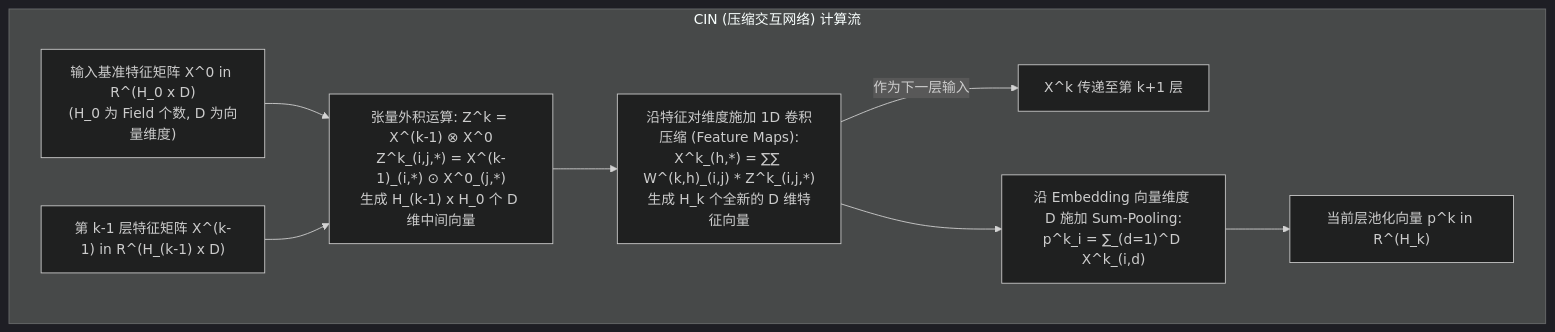
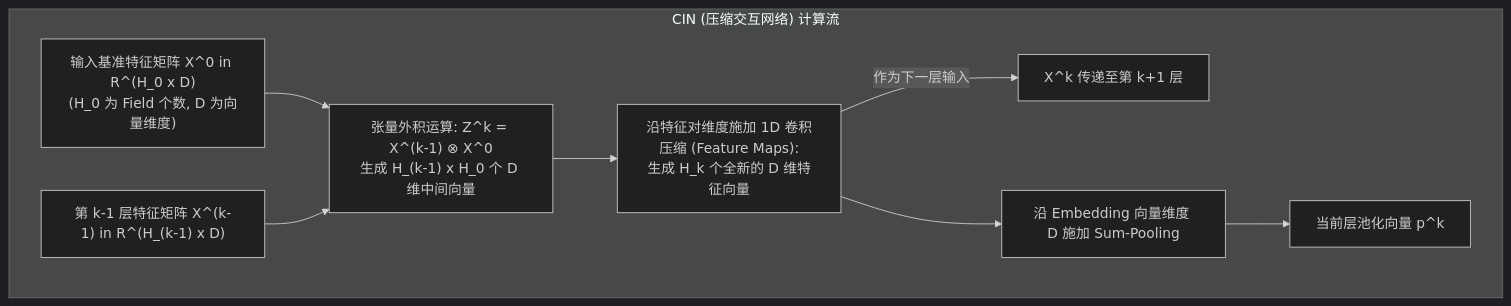
One commit to AnthonyChouGit/recsys changed the third of 13 diagrams in deep_ranking_models_evolution.md. Above: the diagram before and after it, drawn with Mermaid (dark theme). The commit also changed other lines of this file, not shown here.

````diff
--- a/deep_ranking_models_evolution.md
+++ b/deep_ranking_models_evolution.md
@@ -347,17 +353,17 @@
 ```mermaid
 flowchart TB
     subgraph CINBlock["CIN (压缩交互网络) 计算流"]
         X0["输入基准特征矩阵 X^0 in R^(H_0 x D)<br/>(H_0 为 Field 个数, D 为向量维度)"]
         Xk1["第 k-1 层特征矩阵 X^(k-1) in R^(H_(k-1) x D)"]
         
-        OuterProd["张量外积运算: Z^k = X^(k-1) ⊗ X^0<br/>Z^k_(i,j,*) = X^(k-1)_(i,*) ⊙ X^0_(j,*)<br/>生成 H_(k-1) x H_0 个 D 维中间向量"]
+        OuterProd["张量外积运算: Z^k = X^(k-1) ⊗ X^0<br/>生成 H_(k-1) x H_0 个 D 维中间向量"]
         
-        Conv1D["沿特征对维度施加 1D 卷积压缩 (Feature Maps):<br/>X^k_(h,*) = ∑∑ W^(k,h)_(i,j) * Z^k_(i,j,*)<br/>生成 H_k 个全新的 D 维特征向量"]
+        Conv1D["沿特征对维度施加 1D 卷积压缩 (Feature Maps):<br/>生成 H_k 个全新的 D 维特征向量"]
         
-        SumPool["沿 Embedding 向量维度 D 施加 Sum-Pooling:<br/>p^k_i = ∑_(d=1)^D X^k_(i,d)"]
+        SumPool["沿 Embedding 向量维度 D 施加 Sum-Pooling"]
         
         X0 & Xk1 --> OuterProd --> Conv1D
         Conv1D -->|作为下一层输入| NextLayer["X^k 传递至第 k+1 层"]
-        Conv1D --> SumPool --> PoolVector["当前层池化向量 p^k in R^(H_k)"]
+        Conv1D --> SumPool --> PoolVector["当前层池化向量 p^k"]
     end
 ```
````
